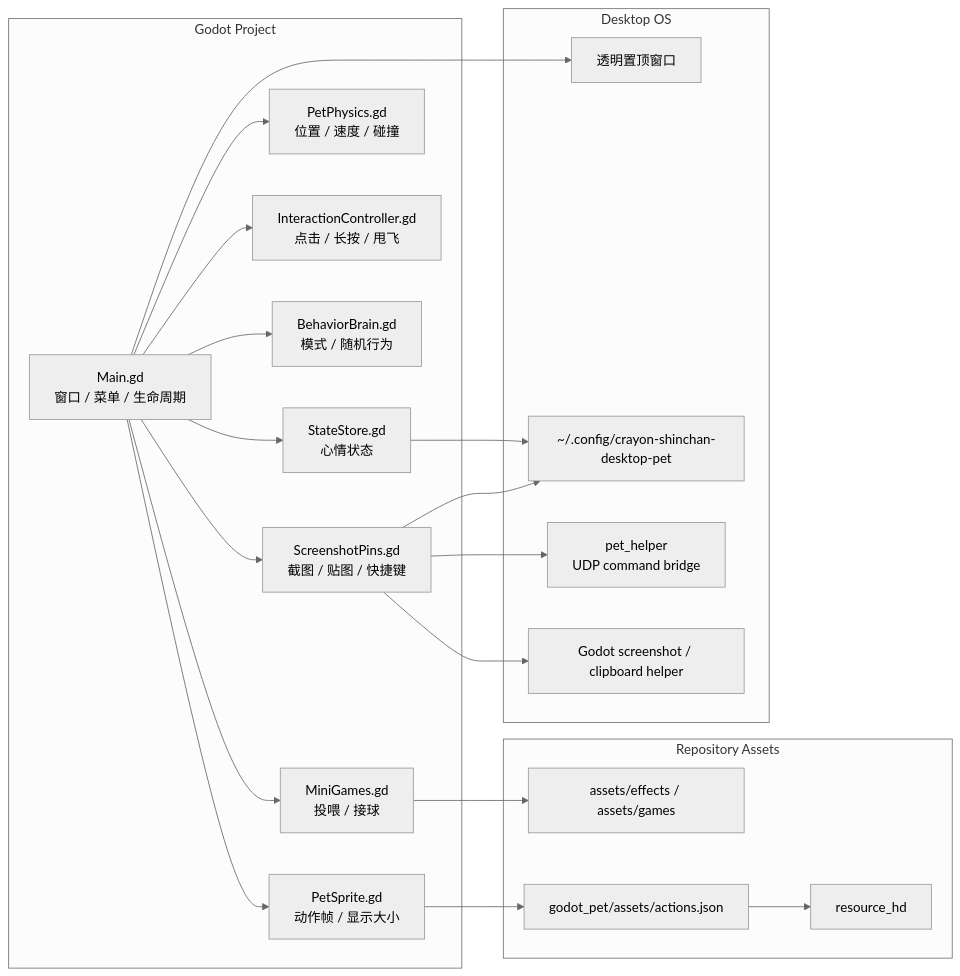
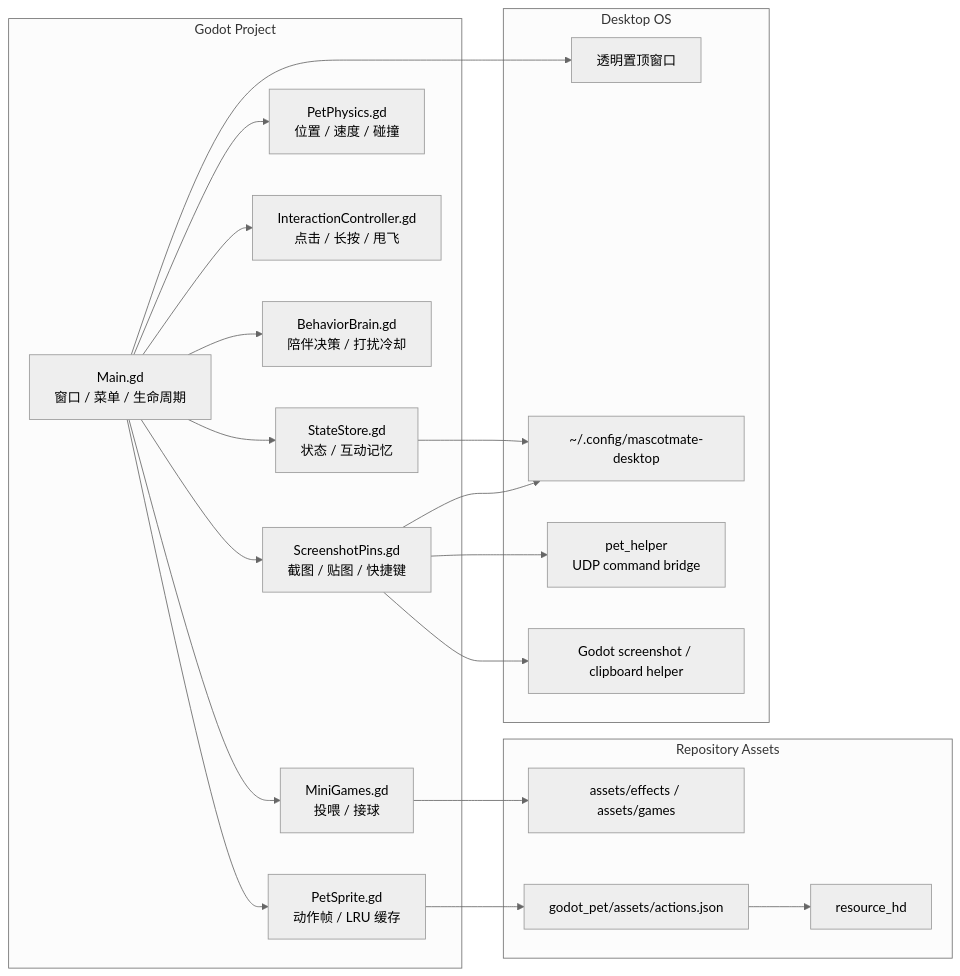
Before and after one commit to MzKyle/MascotMate: the diagram in docs/README.md, drawn with Mermaid (neutral theme). The commit also changed other lines of this file and 29 other files, not shown here.

````diff
--- a/docs/README.md
+++ b/docs/README.md
@@ -40,42 +40,42 @@
 ```mermaid
 flowchart LR
   subgraph Godot["Godot Project"]
     Main["Main.gd<br/>窗口 / 菜单 / 生命周期"]
-    Sprite["PetSprite.gd<br/>动作帧 / 显示大小"]
+    Sprite["PetSprite.gd<br/>动作帧 / LRU 缓存"]
     Physics["PetPhysics.gd<br/>位置 / 速度 / 碰撞"]
     Input["InteractionController.gd<br/>点击 / 长按 / 甩飞"]
-    Brain["BehaviorBrain.gd<br/>模式 / 随机行为"]
+    Brain["BehaviorBrain.gd<br/>陪伴决策 / 打扰冷却"]
     Games["MiniGames.gd<br/>投喂 / 接球"]
-    State["StateStore.gd<br/>心情状态"]
+    State["StateStore.gd<br/>状态 / 互动记忆"]
     Pins["ScreenshotPins.gd<br/>截图 / 贴图 / 快捷键"]
   end
 
   subgraph Assets["Repository Assets"]
     Frames["resource_hd"]
     Effects["assets/effects / assets/games"]
     Manifest["godot_pet/assets/actions.json"]
   end
 
   subgraph OS["Desktop OS"]
     Window["透明置顶窗口"]
-    Config["~/.config/crayon-shinchan-desktop-pet"]
+    Config["~/.config/mascotmate-desktop"]
     X11["pet_helper<br/>UDP command bridge"]
     Tools["Godot screenshot / clipboard helper"]
   end
 
   Main --> Sprite
   Main --> Physics
   Main --> Input
   Main --> Brain
   Main --> Games
   Main --> State
   Main --> Pins
   Sprite --> Manifest
   Manifest --> Frames
   Games --> Effects
   Main --> Window
   State --> Config
   Pins --> Config
   Pins --> X11
   Pins --> Tools
 ```
````
